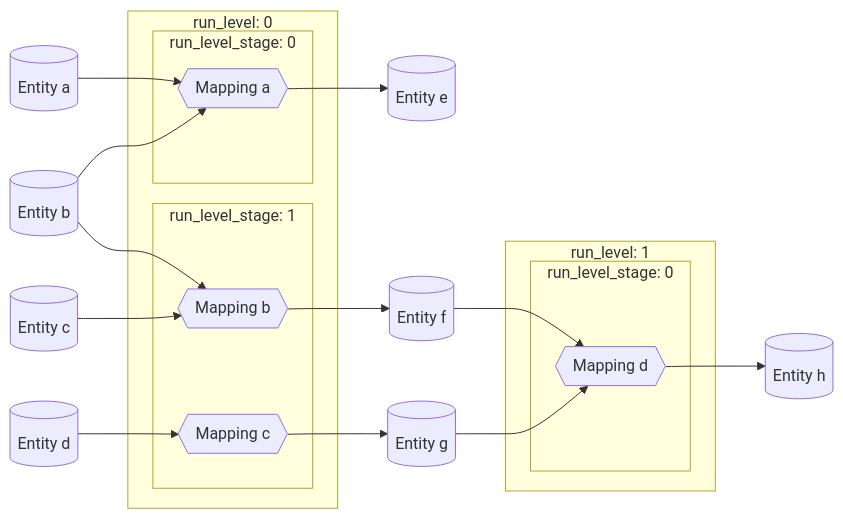
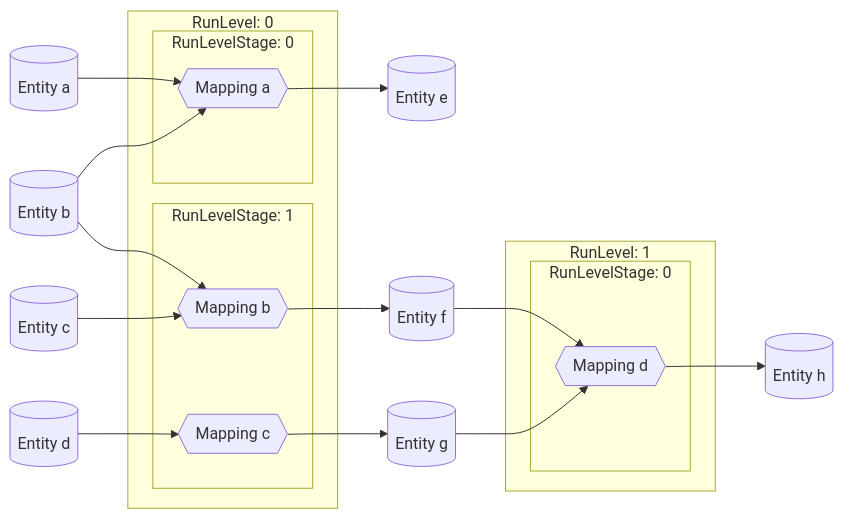
The second of 3 diagrams in README.md (mark-me/mapping-dependencies), drawn with Mermaid before and after one commit.

Commit message:
Reflect output

````diff
--- a/README.md
+++ b/README.md
@@ -64,38 +64,38 @@
 ```mermaid
 graph LR
   idEa[(Entity a)]
   idEb[(Entity b)]
   idEc[(Entity c)]
   idEd[(Entity d)]
   idEe[(Entity e)]
   idEf[(Entity f)]
   idEg[(Entity g)]
   idEh[(Entity h)]
 
-  subgraph run_level: 0
-    subgraph run_level_stage: 0
+  subgraph RunLevel: 0
+    subgraph RunLevelStage: 0
       idMa{{Mapping a}}
     end
-    subgraph run_level_stage: 1
+    subgraph RunLevelStage: 1
       idMb{{Mapping b}}
       idMc{{Mapping c}}
     end
   end
-  subgraph run_level: 1
-    subgraph run_level_stage: 0
+  subgraph RunLevel: 1
+    subgraph RunLevelStage: 0
       idMd{{Mapping d}}
     end
   end
 
   idEa --> idMa
   idEb --> idMa
   idMa --> idEe
   idEb --> idMb
   idEc --> idMb
   idMb --> idEf
   idEd --> idMc
   idMc --> idEg
   idEf --> idMd
   idEg --> idMd
   idMd --> idEh
 ```
````
